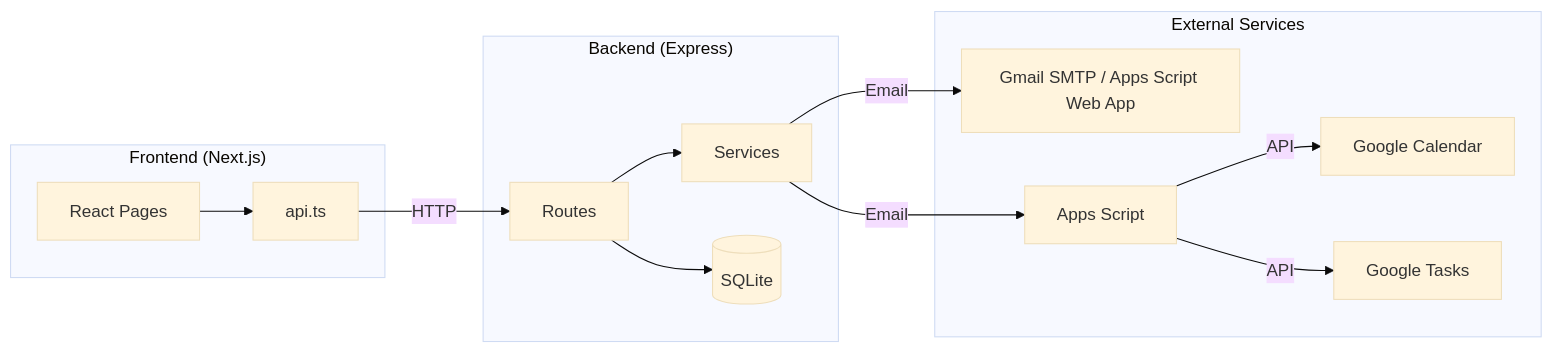
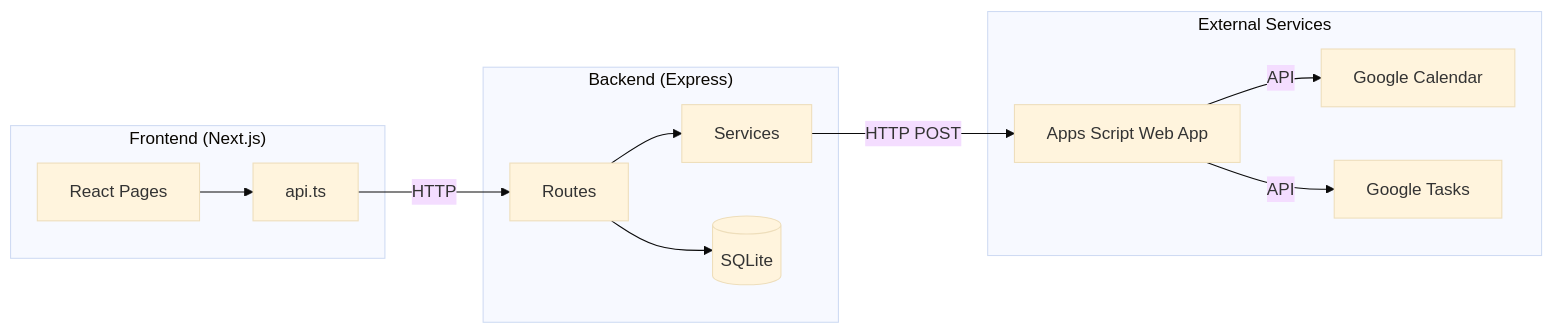
Before and after one commit to moyshiginzburg/dress-rental-business-management: the first of 2 diagrams in ARCHITECTURE.md, drawn with Mermaid (base theme). The commit also changed other lines of this file and 16 other files, not shown here.

````diff
--- a/ARCHITECTURE.md
+++ b/ARCHITECTURE.md
@@ -41,29 +41,27 @@
 ```mermaid
 graph LR
     subgraph Frontend ["Frontend (Next.js)"]
         UI[React Pages]
         API_CLIENT[api.ts]
     end
     
     subgraph Backend ["Backend (Express)"]
         ROUTES[Routes]
         SERVICES[Services]
         DB[(SQLite)]
     end
     
     subgraph External ["External Services"]
-        GMAIL[Gmail SMTP / Apps Script Web App]
-        APPS[Apps Script]
+        APPS[Apps Script Web App]
         GCAL[Google Calendar]
         GTASK[Google Tasks]
     end
     
     UI --> API_CLIENT
     API_CLIENT -->|HTTP| ROUTES
     ROUTES --> SERVICES
     ROUTES --> DB
-    SERVICES -->|Email| GMAIL
-    SERVICES -->|Email| APPS
+    SERVICES -->|HTTP POST| APPS
     APPS -->|API| GCAL
     APPS -->|API| GTASK
 ```
````
